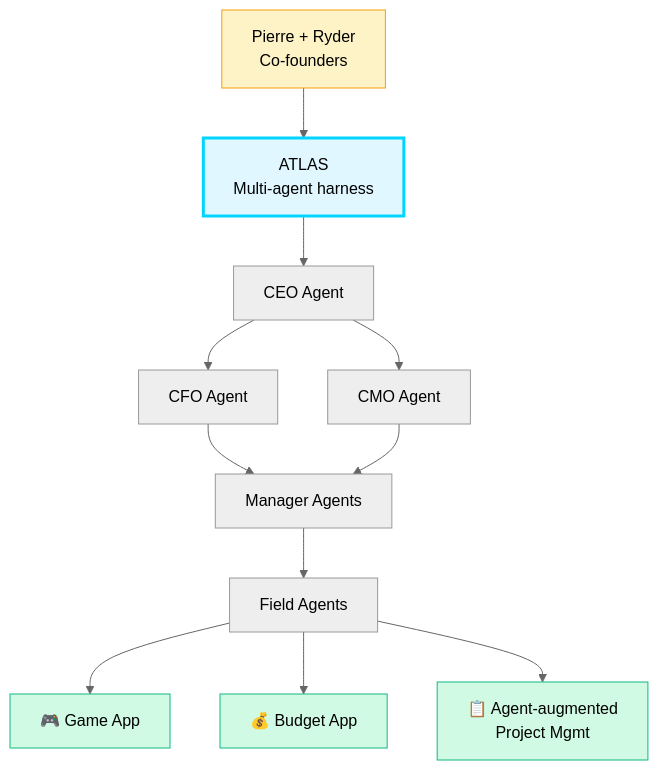
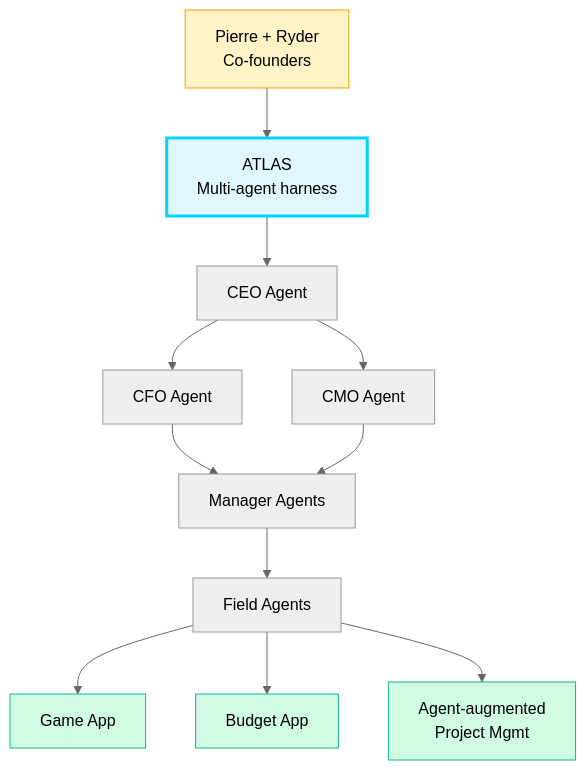
One commit to belonsavon-sys/portfolio changed the second of 2 diagrams in context/copy/business.md. Above: the diagram before and after it, drawn with Mermaid (neutral theme). The commit also changed other lines of this file and 4 other files, not shown here.

First line of the commit message:
fix: repair all 11 mermaid diagrams for GitHub rendering

````diff
--- a/context/copy/business.md
+++ b/context/copy/business.md
@@ -105,33 +105,33 @@
 ```mermaid
 flowchart TD
-    Pierre[Pierre + Ryder<br/>Co-founders]
-    Atlas[ATLAS<br/>Multi-agent harness]
+    Pierre["Pierre + Ryder<br/>Co-founders"]
+    Atlas["ATLAS<br/>Multi-agent harness"]
 
     CEO[CEO Agent]
     CFO[CFO Agent]
     CMO[CMO Agent]
 
     M1[Manager Agents]
     F1[Field Agents]
 
-    Game[🎮 Game App]
-    Budget[💰 Budget App]
-    PM[📋 Agent-augmented<br/>Project Mgmt]
+    Game[Game App]
+    Budget[Budget App]
+    PM["Agent-augmented<br/>Project Mgmt"]
 
     Pierre --> Atlas
     Atlas --> CEO
     CEO --> CFO
     CEO --> CMO
     CFO --> M1
     CMO --> M1
     M1 --> F1
     F1 --> Game
     F1 --> Budget
     F1 --> PM
 
     style Pierre fill:#fef3c7,stroke:#f59e0b
     style Atlas fill:#e0f7ff,stroke:#00d4ff,stroke-width:3px
     style Game fill:#d1fae5,stroke:#10b981
     style Budget fill:#d1fae5,stroke:#10b981
     style PM fill:#d1fae5,stroke:#10b981
 ```
````
